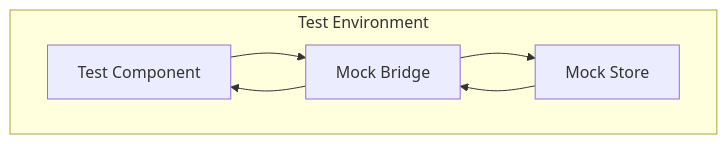
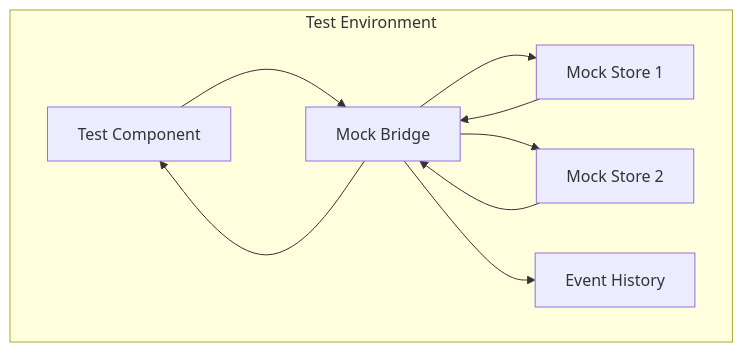
One commit to open-game-system/app-bridge changed the fourth of 4 diagrams in docs/ARCHITECTURE.md. Above: the diagram before and after it, drawn with Mermaid. The commit also changed other lines of this file and 22 other files, not shown here.

````diff
--- a/docs/ARCHITECTURE.md
+++ b/docs/ARCHITECTURE.md
@@ -149,13 +149,18 @@
 ```mermaid
 graph TD
     subgraph Test Environment
         TC[Test Component]
-        MC[Mock Bridge]
-        MS[Mock Store]
+        MB[Mock Bridge]
+        MS1[Mock Store 1]
+        MS2[Mock Store 2]
+        EH[Event History]
     end
 
-    TC --> MC
-    MC --> MS
-    MS --> MC
-    MC --> TC
+    TC --> MB
+    MB --> MS1
+    MB --> MS2
+    MS1 --> MB
+    MS2 --> MB
+    MB --> EH
+    MB --> TC
 ```
````
